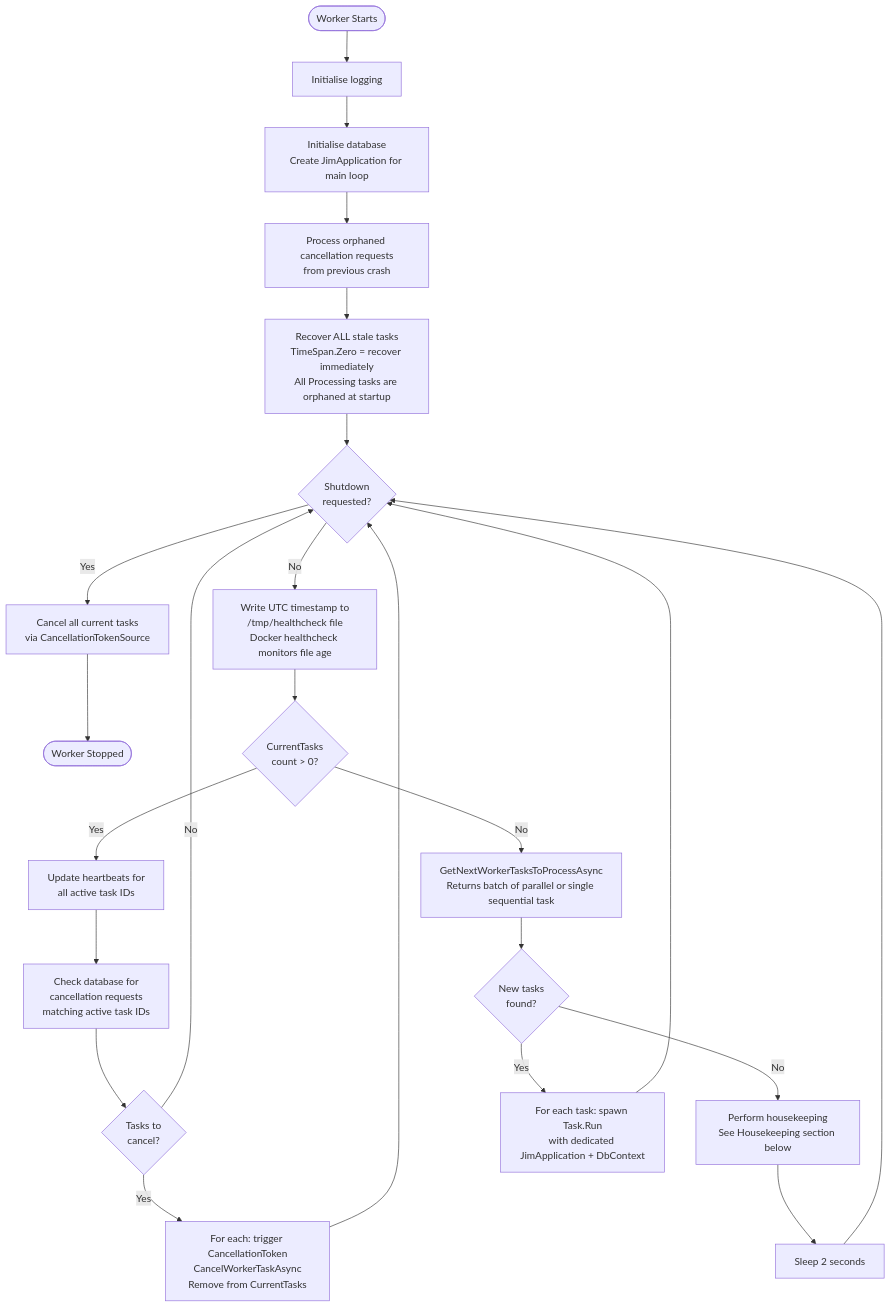
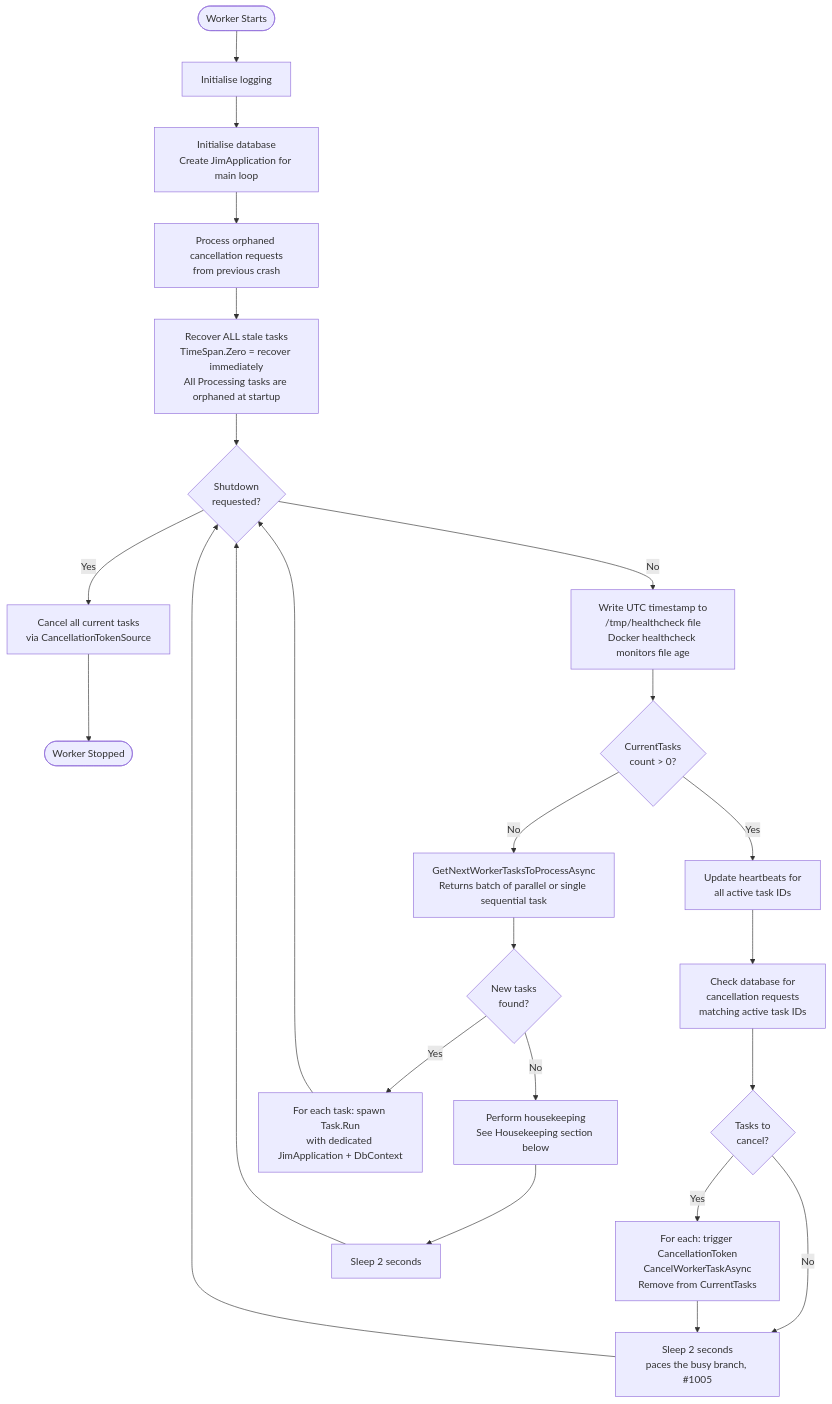
The first of 4 diagrams in docs/developer/diagrams/WORKER_TASK_LIFECYCLE.md (TetronIO/JIM), drawn with Mermaid before and after one commit. The commit also changed other lines of this file and 7 other files, not shown here.

````diff
--- a/docs/developer/diagrams/WORKER_TASK_LIFECYCLE.md
+++ b/docs/developer/diagrams/WORKER_TASK_LIFECYCLE.md
@@ -9,33 +9,34 @@
 ```mermaid
 flowchart TD
     Start([Worker Starts]) --> InitLog[Initialise logging]
     InitLog --> InitDb[Initialise database<br/>Create JimApplication for main loop]
 
     InitDb --> CancelOrphans[Process orphaned cancellation requests<br/>from previous crash]
     CancelOrphans --> RecoverStale[Recover ALL stale tasks<br/>TimeSpan.Zero = recover immediately<br/>All Processing tasks are orphaned at startup]
 
     RecoverStale --> MainLoop{Shutdown<br/>requested?}
     MainLoop -->|Yes| ShutdownCancel[Cancel all current tasks<br/>via CancellationTokenSource]
     ShutdownCancel --> End([Worker Stopped])
 
     MainLoop -->|No| TouchHealth[Write UTC timestamp to<br/>/tmp/healthcheck file<br/>Docker healthcheck monitors file age]
     TouchHealth --> HasTasks{CurrentTasks<br/>count > 0?}
 
     %% --- Active tasks: heartbeat + cancellation ---
     HasTasks -->|Yes| Heartbeat[Update heartbeats for<br/>all active task IDs]
     Heartbeat --> CheckCancel[Check database for<br/>cancellation requests<br/>matching active task IDs]
     CheckCancel --> AnyCancel{Tasks to<br/>cancel?}
     AnyCancel -->|Yes| DoCancel[For each: trigger CancellationToken<br/>CancelWorkerTaskAsync<br/>Remove from CurrentTasks]
-    AnyCancel -->|No| MainLoop
-    DoCancel --> MainLoop
+    AnyCancel -->|No| BusySleep
+    DoCancel --> BusySleep[Sleep 2 seconds<br/>paces the busy branch, #1005]
+    BusySleep --> MainLoop
 
     %% --- No active tasks: poll for new work ---
     HasTasks -->|No| PollQueue[GetNextWorkerTasksToProcessAsync<br/>Returns batch of parallel or single sequential task]
     PollQueue --> HasNew{New tasks<br/>found?}
     HasNew -->|No| Housekeeping[Perform housekeeping<br/>See Housekeeping section below]
     Housekeeping --> Sleep[Sleep 2 seconds]
     Sleep --> MainLoop
 
     HasNew -->|Yes| Dispatch[For each task: spawn Task.Run<br/>with dedicated JimApplication + DbContext]
     Dispatch --> MainLoop
 ```
````
